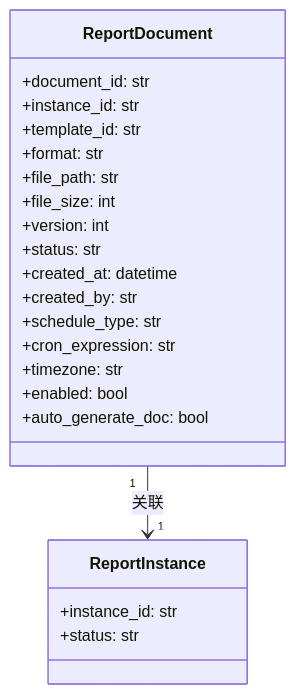
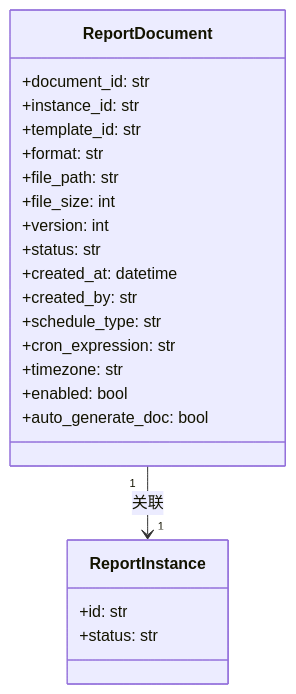
Before and after one commit to shel447/ReportSystem: the second of 2 diagrams in design/design_instance.md, drawn with Mermaid. The commit also changed other lines of this file and 10 other files, not shown here.

````diff
--- a/design/design_instance.md
+++ b/design/design_instance.md
@@ -281,27 +332,27 @@
 ```mermaid
 classDiagram
     class ReportDocument {
         +document_id: str
         +instance_id: str
         +template_id: str
         +format: str
         +file_path: str
         +file_size: int
         +version: int
         +status: str
         +created_at: datetime
         +created_by: str
         +schedule_type: str
         +cron_expression: str
         +timezone: str
         +enabled: bool
         +auto_generate_doc: bool
     }
     
     class ReportInstance {
-        +instance_id: str
+        +id: str
         +status: str
     }
     
     ReportDocument "1" --> "1" ReportInstance : 关联
 ```
````
